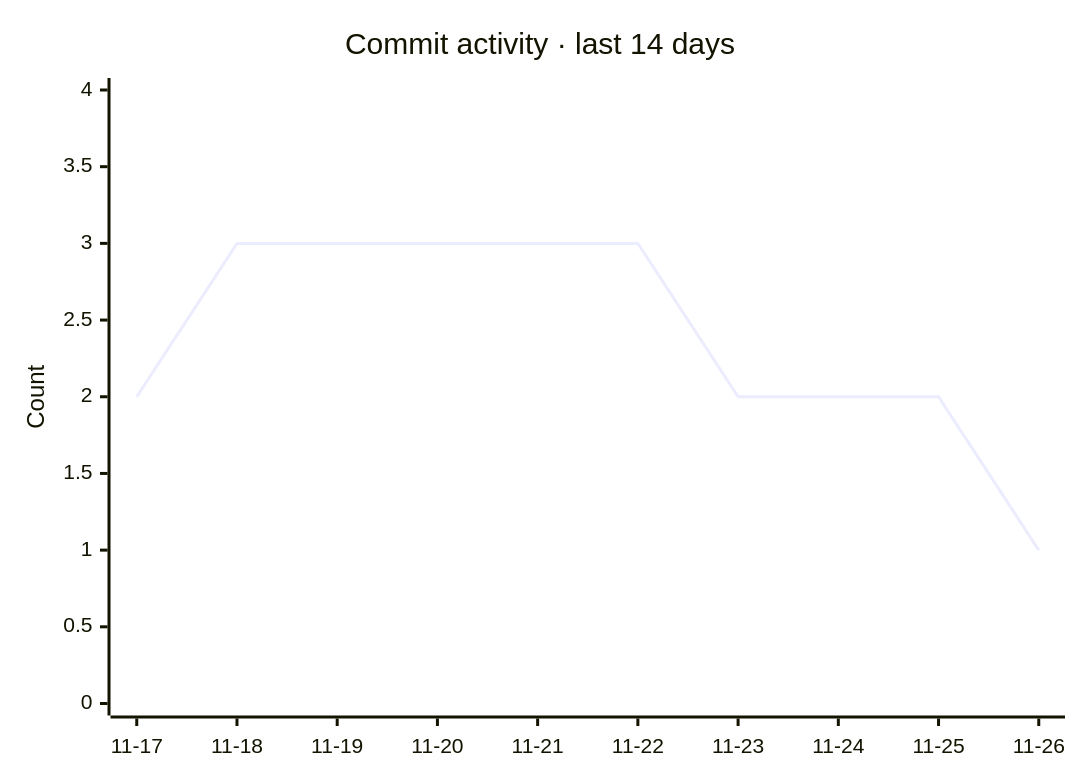
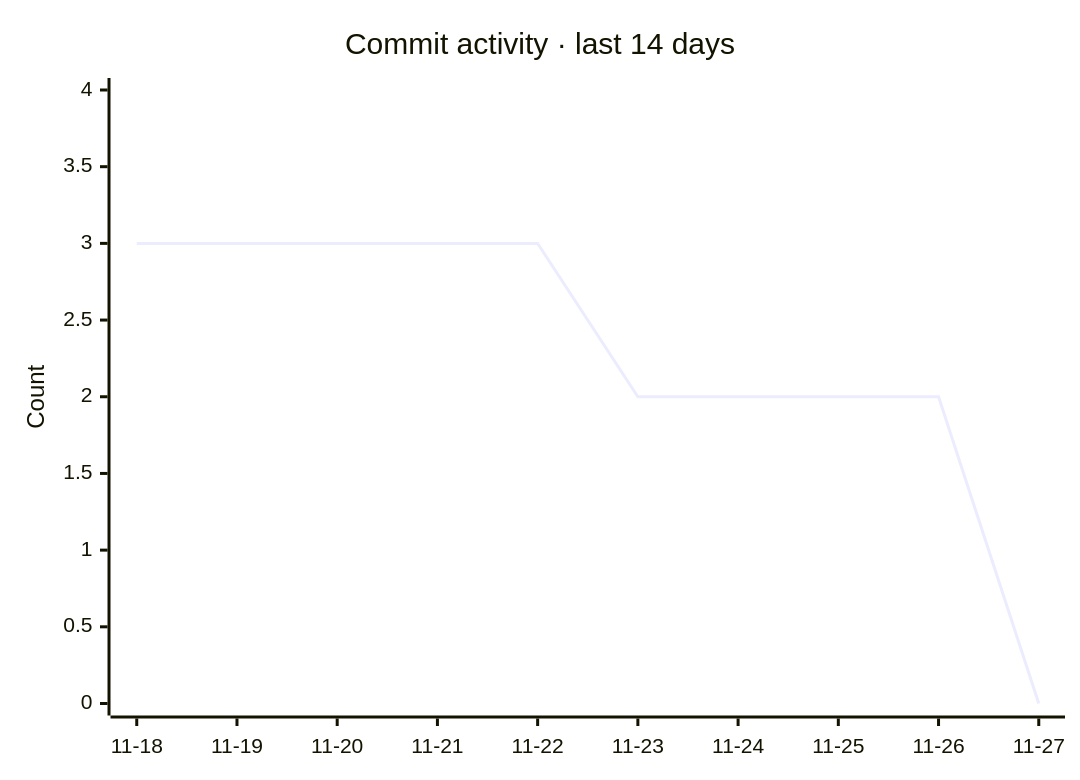
Before and after one commit to razzaqinspires/whiskay-bot: the second of 2 diagrams in README.md, drawn with Mermaid. The commit also changed other lines of this file and 2 other files, not shown here.

Commit message:
chore(metrics): refresh GitHub traffic and update timestamp [skip ci]

````diff
--- a/README.md
+++ b/README.md
@@ -329,7 +329,7 @@
 ```mermaid
 xychart-beta
     title "Commit activity · last 14 days"
-    x-axis ["11-17", "11-18", "11-19", "11-20", "11-21", "11-22", "11-23", "11-24", "11-25", "11-26"]
+    x-axis ["11-18", "11-19", "11-20", "11-21", "11-22", "11-23", "11-24", "11-25", "11-26", "11-27"]
     y-axis "Count" 0 --> 4
-    line [2, 3, 3, 3, 3, 3, 2, 2, 2, 1]
+    line [3, 3, 3, 3, 3, 2, 2, 2, 2, 0]
 ```
````
